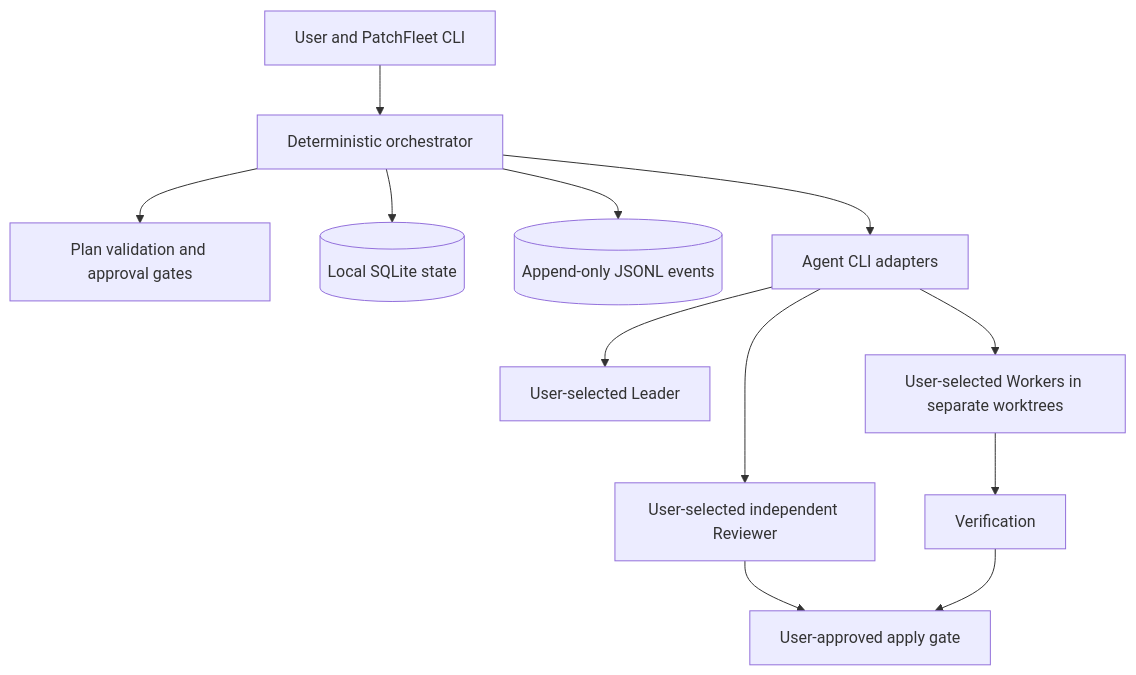
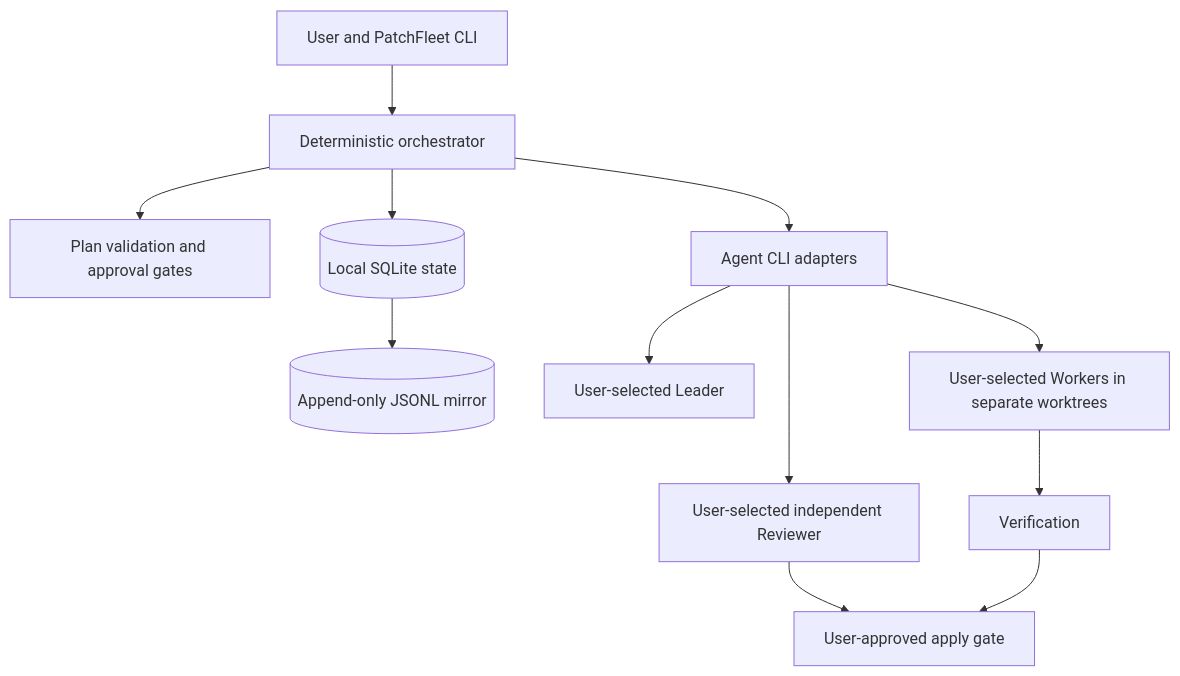
The diagram in README.md (kasra7900/PatchFleet), drawn with Mermaid before and after one commit. The commit also changed other lines of this file and 27 other files, not shown here.

````diff
--- a/README.md
+++ b/README.md
@@ -20,14 +20,14 @@
 ```mermaid
 flowchart TD
     U[User and PatchFleet CLI] --> O[Deterministic orchestrator]
     O --> P[Plan validation and approval gates]
     O --> S[(Local SQLite state)]
-    O --> E[(Append-only JSONL events)]
+    S --> E[(Append-only JSONL mirror)]
     O --> A[Agent CLI adapters]
     A --> L[User-selected Leader]
     A --> W[User-selected Workers in separate worktrees]
     A --> R[User-selected independent Reviewer]
     W --> V[Verification]
     R --> G[User-approved apply gate]
     V --> G
 ```
````
